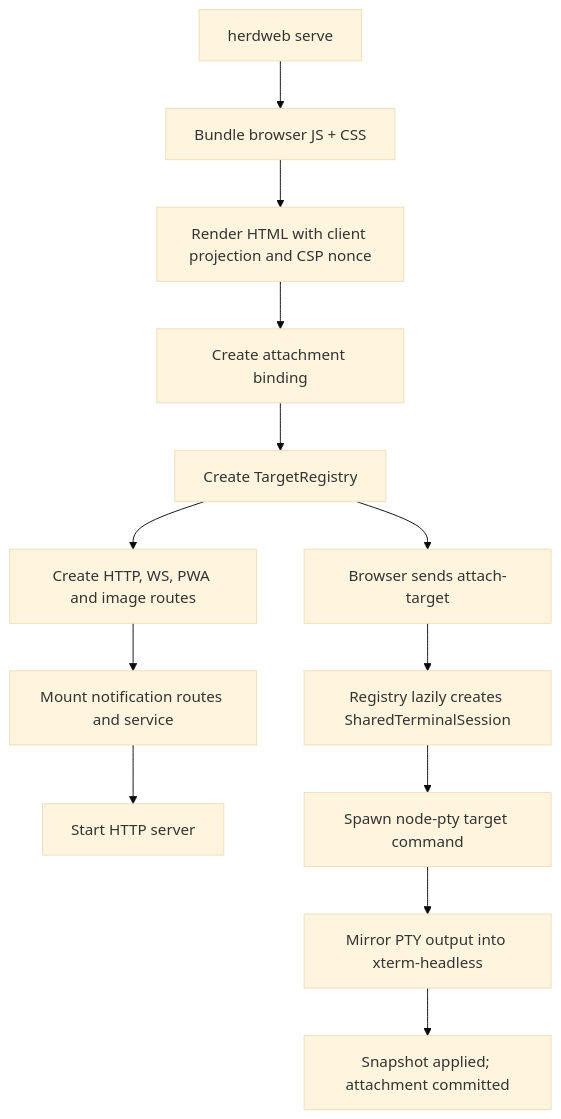
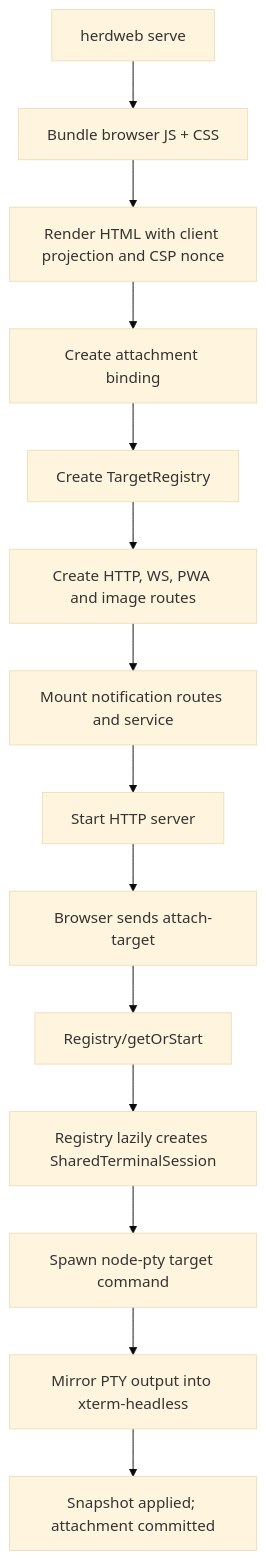
The second of 2 diagrams in docs/architecture/how-herdweb-works.md (zlxlabs/herdweb), drawn with Mermaid (base theme) before and after one commit. The commit also changed 1 other file, not shown here.

Commit message:
docs(targets): align runbook with runtime
Agent-Executor: codex-lead
Agent-Session: 01a035d7-ff27-7463-a58f-142fa913e79b

````diff
--- a/docs/architecture/how-herdweb-works.md
+++ b/docs/architecture/how-herdweb-works.md
@@ -53,19 +53,19 @@
 ```mermaid
 flowchart TD
     Start[herdweb serve]
     Bundle[Bundle browser JS + CSS]
     Html[Render HTML with client projection and CSP nonce]
     Binding[Create attachment binding]
     Registry[Create TargetRegistry]
     Routes[Create HTTP, WS, PWA and image routes]
     Notify[Mount notification routes and service]
     Listen[Start HTTP server]
     Attach[Browser sends attach-target]
     Spawn[Registry lazily creates SharedTerminalSession]
     PTY[Spawn node-pty target command]
     Mirror[Mirror PTY output into xterm-headless]
     Commit[Snapshot applied; attachment committed]
 
     Start --> Bundle --> Html --> Binding --> Registry --> Routes --> Notify --> Listen
-    Registry --> Attach --> Spawn --> PTY --> Mirror --> Commit
+    Listen --> Attach --> Registry/getOrStart --> Spawn --> PTY --> Mirror --> Commit
 ```
````
